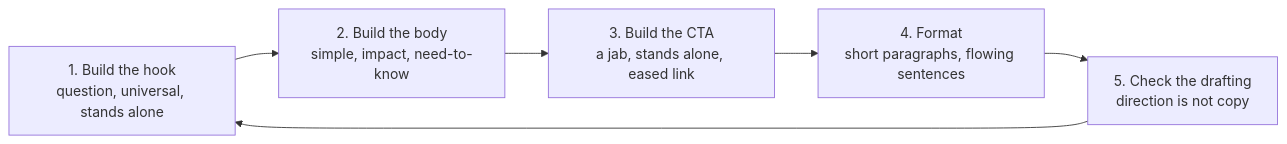
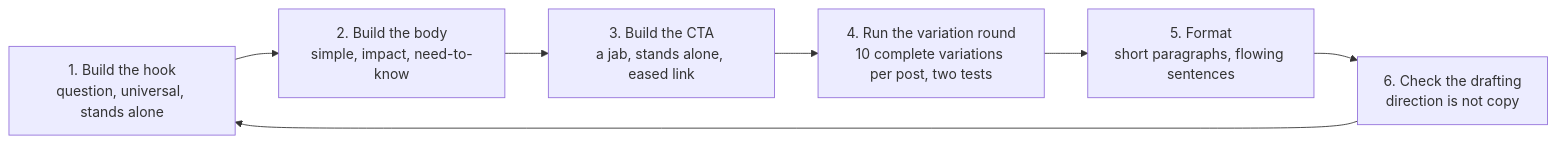
One commit to diaryofamademan/skills changed the diagram in stop-the-scroll/README.md. Above: the diagram before and after it, drawn with Mermaid. The commit also changed 6 other files, not shown here.

Commit message:
stop-the-scroll v0.3.0: the variation round joins the core procedure as step 4

````diff
--- a/stop-the-scroll/README.md
+++ b/stop-the-scroll/README.md
@@ -28,8 +28,9 @@
 ```mermaid
 flowchart LR
   A["1. Build the hook<br/>question, universal, stands alone"] --> B["2. Build the body<br/>simple, impact, need-to-know"]
   B --> C["3. Build the CTA<br/>a jab, stands alone, eased link"]
-  C --> D["4. Format<br/>short paragraphs, flowing sentences"]
-  D --> E["5. Check the drafting<br/>direction is not copy"]
-  E --> A
+  C --> D["4. Run the variation round<br/>10 complete variations per post, two tests"]
+  D --> E["5. Format<br/>short paragraphs, flowing sentences"]
+  E --> F["6. Check the drafting<br/>direction is not copy"]
+  F --> A
 ```
````
